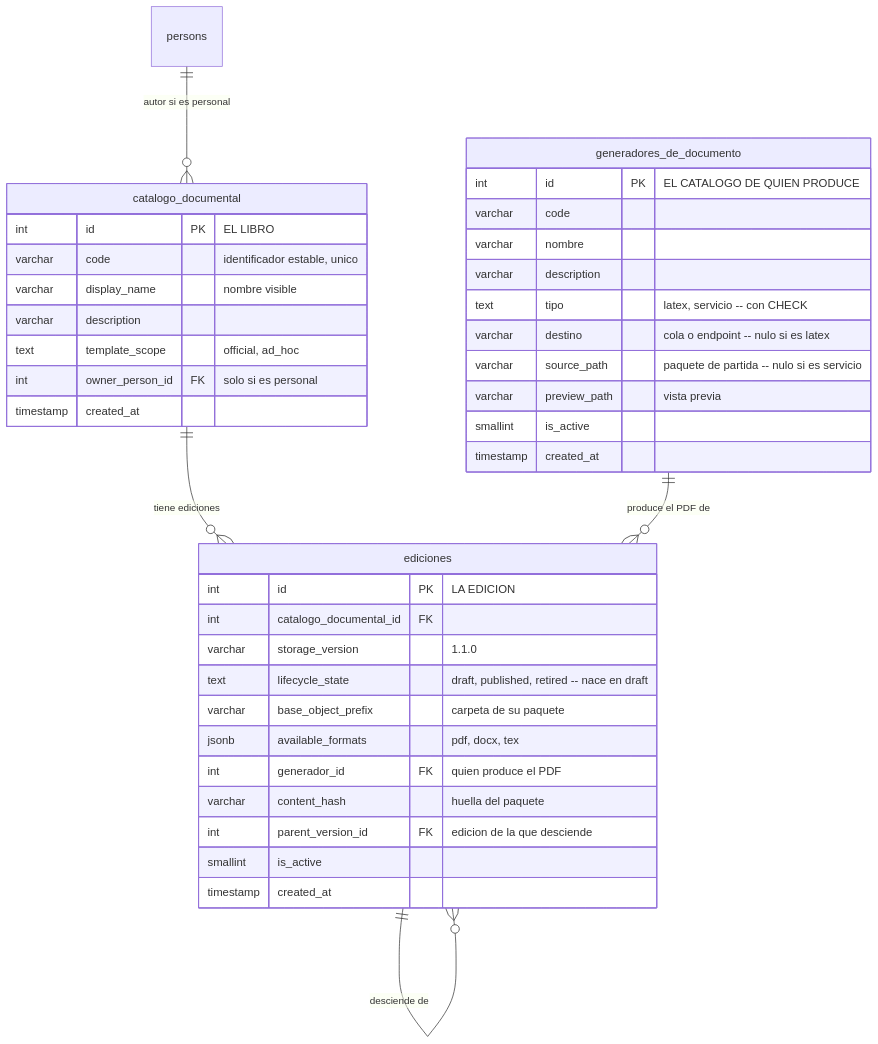
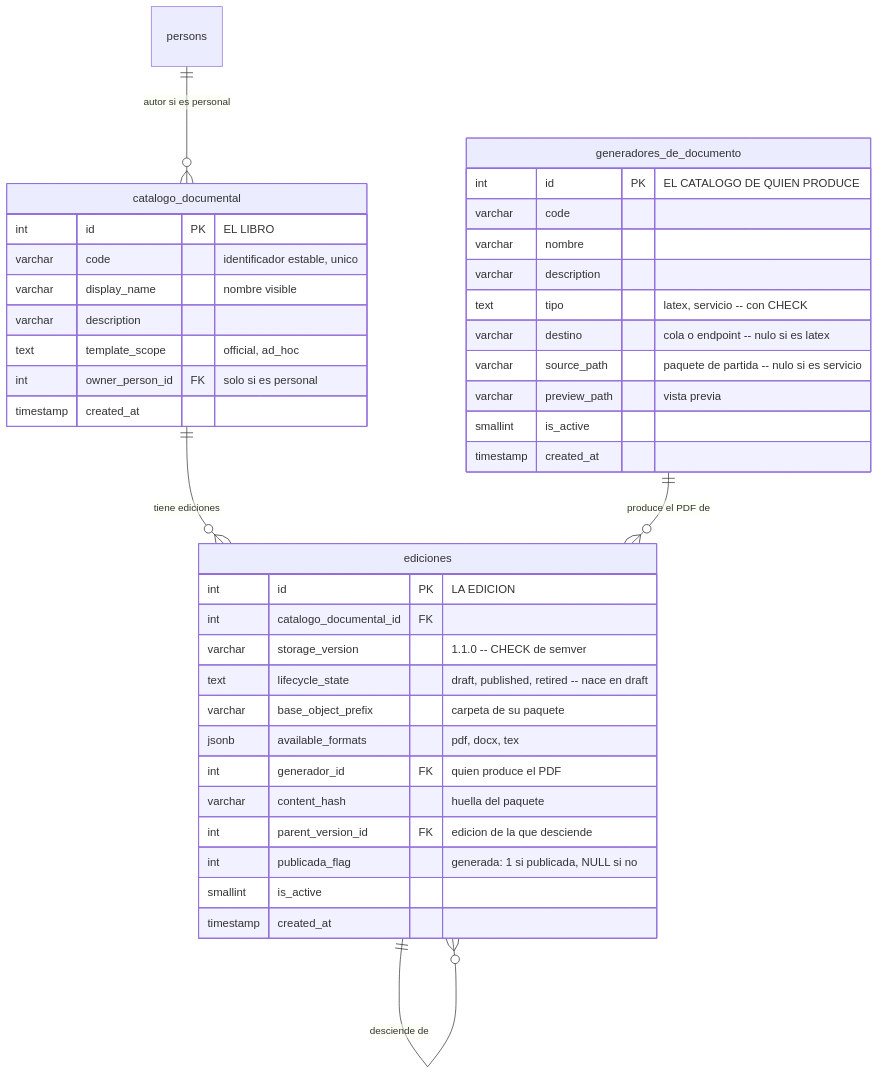
The diagram in docs/src/content/docs/modelo/entregable-y-ediciones.md (fresvel/deasy), drawn with Mermaid before and after one commit. The commit also changed other lines of this file and 9 other files, not shown here.

First line of the commit message:
feat(f25): P1 y P7 — la base garantiza una sola publicada y que la version sea semver

````diff
--- a/docs/src/content/docs/modelo/entregable-y-ediciones.md
+++ b/docs/src/content/docs/modelo/entregable-y-ediciones.md
@@ -127,42 +158,43 @@
 ```mermaid
 erDiagram
   catalogo_documental ||--o{ ediciones : "tiene ediciones"
   generadores_de_documento ||--o{ ediciones : "produce el PDF de"
   persons ||--o{ catalogo_documental : "autor si es personal"
   ediciones ||--o{ ediciones : "desciende de"
 
   catalogo_documental {
     int id PK "EL LIBRO"
     varchar code "identificador estable, unico"
     varchar display_name "nombre visible"
     varchar description
     text template_scope "official, ad_hoc"
     int owner_person_id FK "solo si es personal"
     timestamp created_at
   }
   ediciones {
     int id PK "LA EDICION"
     int catalogo_documental_id FK
-    varchar storage_version "1.1.0"
+    varchar storage_version "1.1.0 -- CHECK de semver"
     text lifecycle_state "draft, published, retired -- nace en draft"
     varchar base_object_prefix "carpeta de su paquete"
     jsonb available_formats "pdf, docx, tex"
     int generador_id FK "quien produce el PDF"
     varchar content_hash "huella del paquete"
     int parent_version_id FK "edicion de la que desciende"
+    int publicada_flag "generada: 1 si publicada, NULL si no"
     smallint is_active
     timestamp created_at
   }
   generadores_de_documento {
     int id PK "EL CATALOGO DE QUIEN PRODUCE"
     varchar code
     varchar nombre
     varchar description
     text tipo "latex, servicio -- con CHECK"
     varchar destino "cola o endpoint -- nulo si es latex"
     varchar source_path "paquete de partida -- nulo si es servicio"
     varchar preview_path "vista previa"
     smallint is_active
     timestamp created_at
   }
 ```
````
